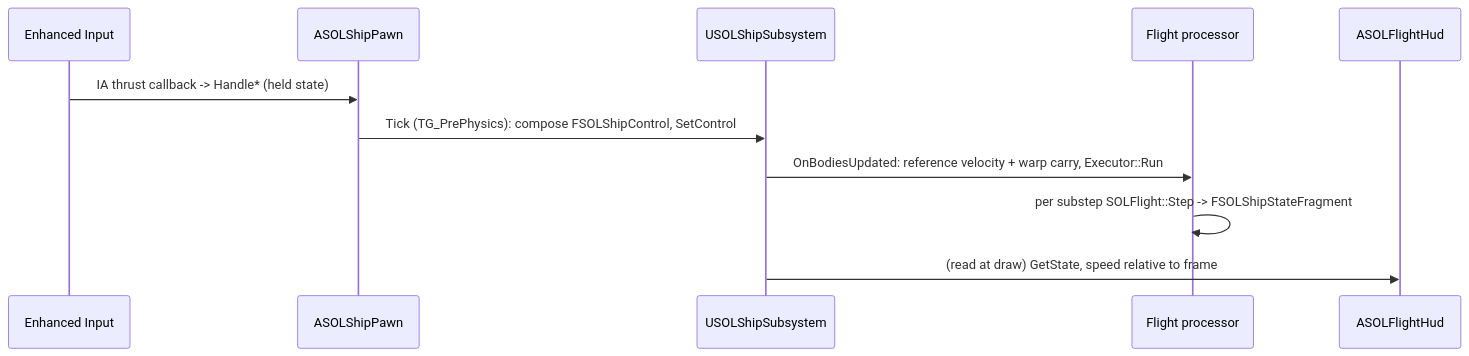
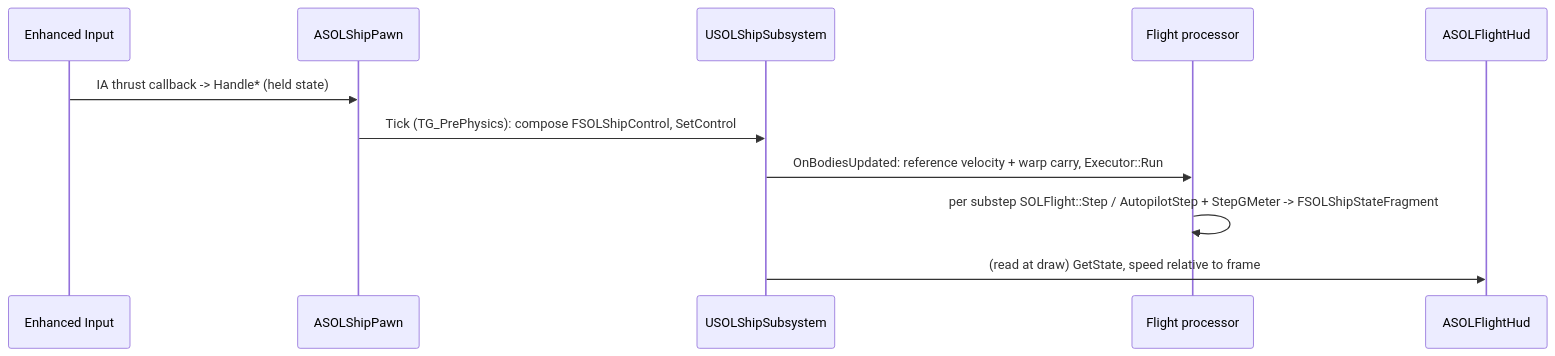
The fourth of 4 diagrams in Docs/ARCHITECTURE.md (DieSlower/SOLTest), drawn with Mermaid before and after one commit. The commit also changed other lines of this file and 59 other files, not shown here.

````diff
--- a/Docs/ARCHITECTURE.md
+++ b/Docs/ARCHITECTURE.md
@@ -288,13 +290,13 @@
 ```mermaid
 sequenceDiagram
     participant EI as Enhanced Input
     participant Pawn as ASOLShipPawn
     participant Ship as USOLShipSubsystem
     participant Proc as Flight processor
     participant HUD as ASOLFlightHud
     EI->>Pawn: IA thrust callback -> Handle* (held state)
     Pawn->>Ship: Tick (TG_PrePhysics): compose FSOLShipControl, SetControl
     Ship->>Proc: OnBodiesUpdated: reference velocity + warp carry, Executor::Run
-    Proc->>Proc: per substep SOLFlight::Step -> FSOLShipStateFragment
+    Proc->>Proc: per substep SOLFlight::Step / AutopilotStep + StepGMeter -> FSOLShipStateFragment
     Ship->>HUD: (read at draw) GetState, speed relative to frame
 ```
````
